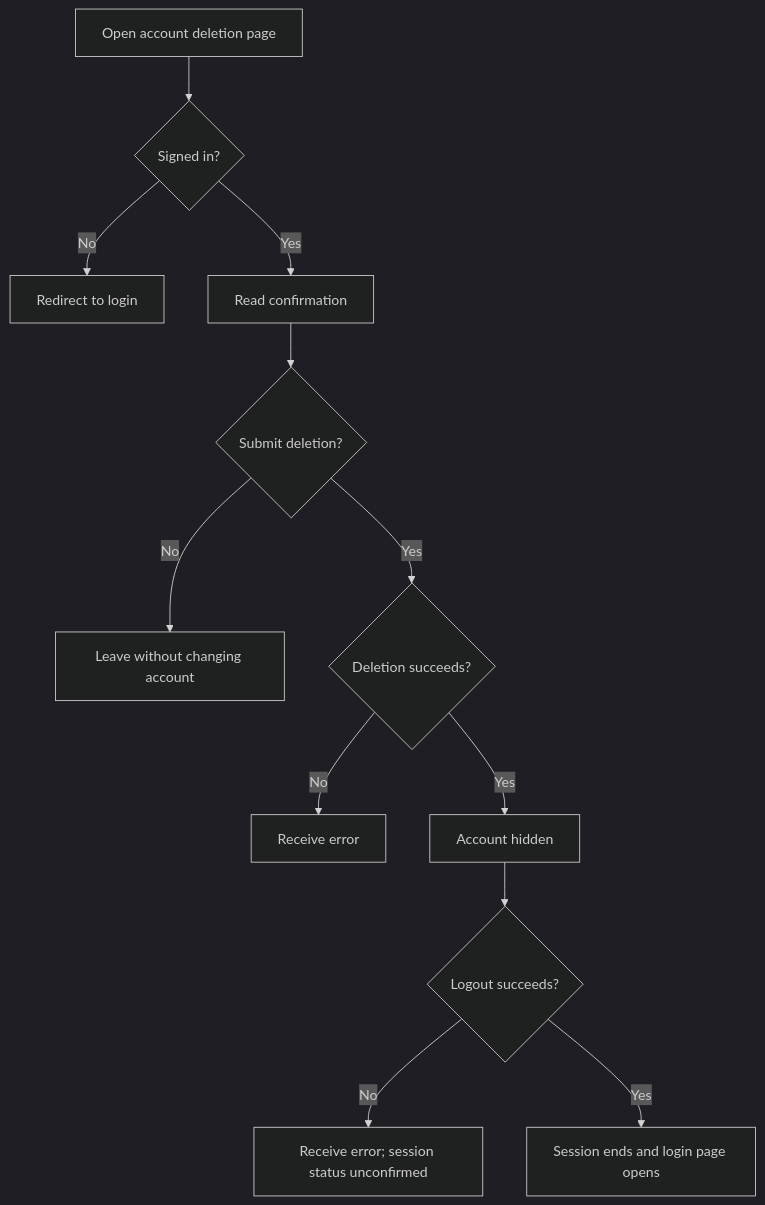
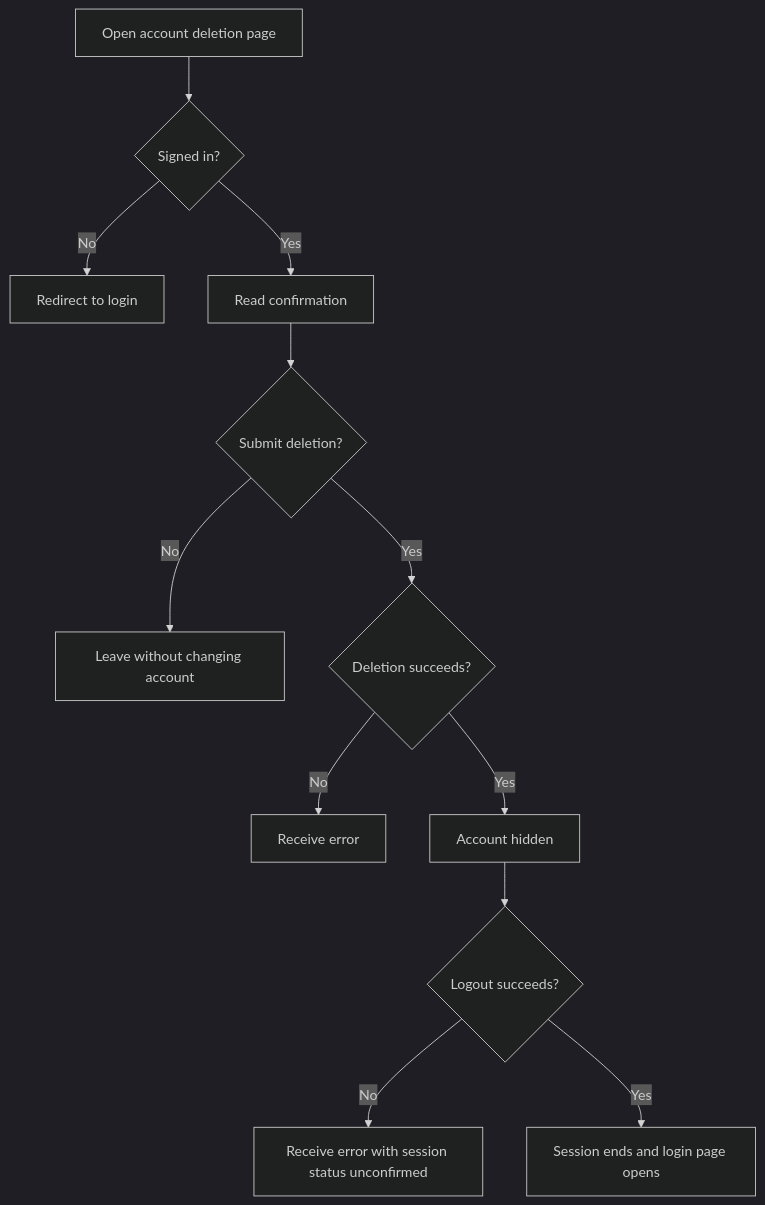
The first of 2 diagrams in user-stories/example-apps/us-demo-03-hypermedia-account-deletion.md (Kevinjohn/oss-adonisjs-lucid-soft-delete), drawn with Mermaid (dark theme) before and after one commit. The commit also changed 3 other files, not shown here.

````diff
--- a/user-stories/example-apps/us-demo-03-hypermedia-account-deletion.md
+++ b/user-stories/example-apps/us-demo-03-hypermedia-account-deletion.md
@@ -22,12 +22,12 @@
 ```mermaid
 flowchart TD
     A["Open account deletion page"] --> B{"Signed in?"}
     B -->|No| C["Redirect to login"]
     B -->|Yes| D["Read confirmation"] --> E{"Submit deletion?"}
     E -->|No| F["Leave without changing account"]
     E -->|Yes| G{"Deletion succeeds?"}
     G -->|No| H["Receive error"]
     G -->|Yes| I["Account hidden"] --> J{"Logout succeeds?"}
-    J -->|No| K["Receive error; session status unconfirmed"]
+    J -->|No| K["Receive error with session status unconfirmed"]
     J -->|Yes| L["Session ends and login page opens"]
 ```
````
